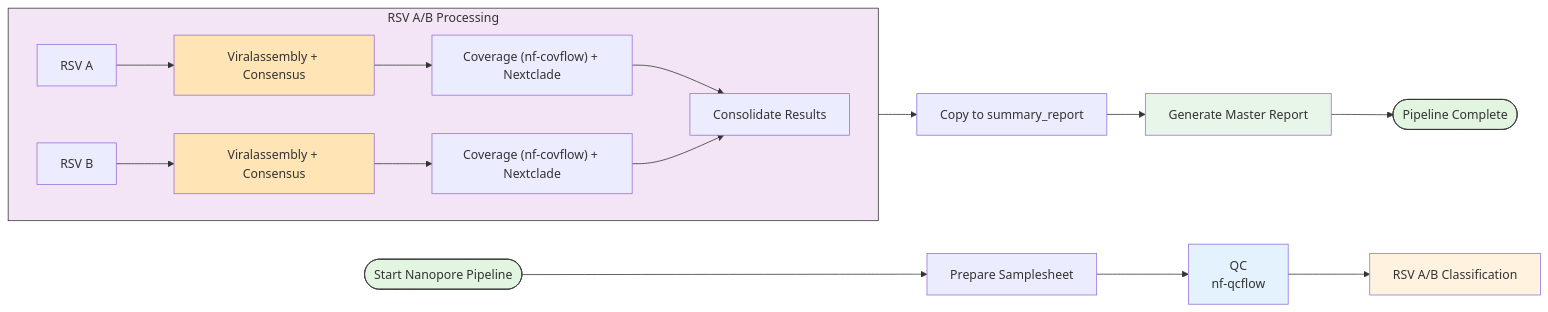
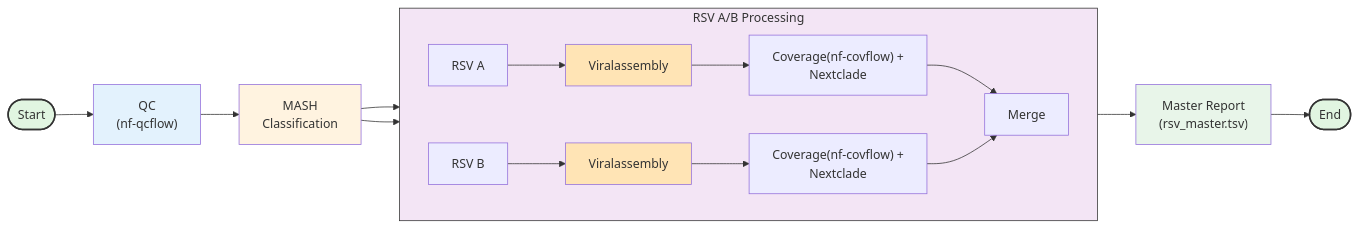
The second of 2 diagrams in README.md (xiaoli-dong/rsv-analyzer), drawn with Mermaid before and after one commit. The commit also changed other lines of this file, not shown here.

````diff
--- a/README.md
+++ b/README.md
@@ -49,33 +43,28 @@
 ```mermaid
 flowchart LR
-    %% Main Pipeline
-    Start2([Start Nanopore Pipeline]) --> Step1n[Prepare Samplesheet]
-    Step1n --> Step2n[QC <br>nf-qcflow]
-    Step2n --> Step3n[RSV A/B Classification]
+    subgraph RSV["RSV A/B Processing"]
+        direction LR
+        A["RSV A"] --> VA["Viralassembly"]
+        B["RSV B"] --> VB["Viralassembly"]
+        VA --> CA["Coverage(nf-covflow) +<br/>Nextclade"]
+        VB --> CB["Coverage(nf-covflow) +<br/>Nextclade"]
+        CA --> M["Merge"]
+        CB --> M
+    end
+    
+    Start(["Start"]) --> QC["QC<br/>(nf-qcflow)"]
+    QC --> Class["MASH<br/>Classification"]
+    Class --> A
+    Class --> B
+    M --> Report["Master Report<br/>(rsv_master.tsv)"]
+    Report --> End(["End"])
 
-    %% RSV A/B Processing Branches
-    subgraph RSV_Branches["RSV A/B Processing"]
-        direction LR
-        A2["RSV A"] --> VA2["Viralassembly + Consensus"]
-        B2["RSV B"] --> VB2["Viralassembly + Consensus"]
-        VA2 --> CA2["Coverage (nf-covflow) + Nextclade"]
-        VB2 --> CB2["Coverage (nf-covflow) + Nextclade"]
-        CA2 --> Merge2["Consolidate Results"]
-        CB2 --> Merge2
-    end
-
-    %% Final Steps
-    Merge2 --> Copy2["Copy to summary_report"]
-    Copy2 --> Final2["Generate Master Report"]
-    Final2 --> End2([Pipeline Complete])
-
-    %% Styling
-    style Start2 fill:#e1f5e1,stroke:#333
-    style End2 fill:#e1f5e1,stroke:#333
-    style Step2n fill:#e3f2fd
-    style Step3n fill:#fff3e0
-    style RSV_Branches fill:#f3e5f5,stroke:#333
-    style VA2 fill:#ffe4b5
-    style VB2 fill:#ffe4b5
-    style Final2 fill:#e8f5e9
+    style VA fill:#ffe4b5
+    style VB fill:#ffe4b5
+    style Start fill:#e1f5e1,stroke:#333,stroke-width:2px
+    style End fill:#e1f5e1,stroke:#333,stroke-width:2px
+    style QC fill:#e3f2fd
+    style Class fill:#fff3e0
+    style RSV fill:#f3e5f5,stroke:#333
+    style Report fill:#e8f5e9
 ```
````
